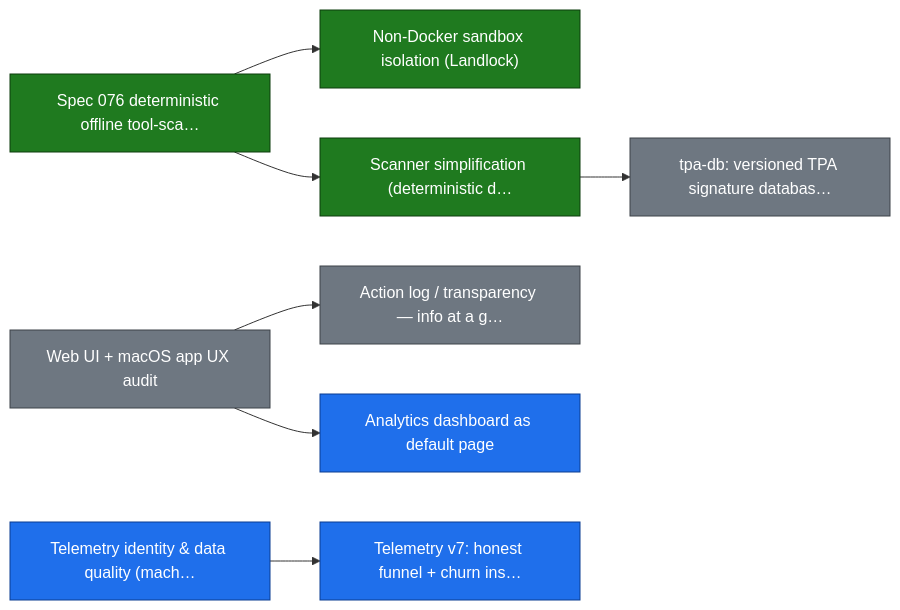
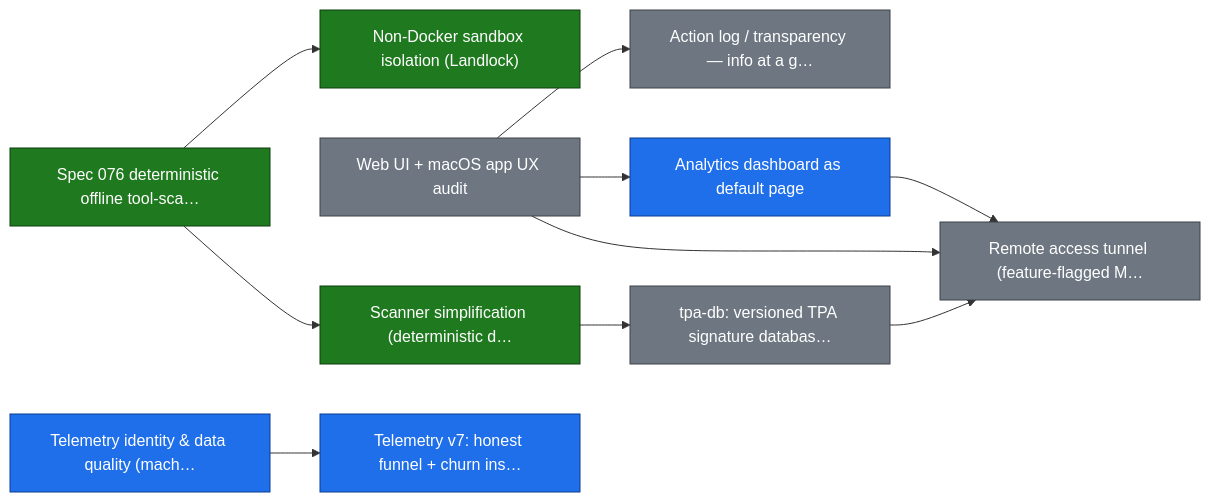
Before and after one commit to smart-mcp-proxy/mcpproxy-go: the first of 18 diagrams in ROADMAP.md, drawn with Mermaid. The commit also changed other lines of this file and 4 other files, not shown here.

````diff
--- a/ROADMAP.md
+++ b/ROADMAP.md
@@ -36,26 +36,30 @@
 ```mermaid
 graph LR
   sandbox_isolation["Non-Docker sandbox isolation (Landlock)"]
   scanner_v2["Spec 076 deterministic offline tool-sca…"]
   ux_audit["Web UI + macOS app UX audit"]
   action_log_transparency["Action log / transparency — info at a g…"]
   analytics_dashboard["Analytics dashboard as default page"]
   scanner_simplification["Scanner simplification (deterministic d…"]
   tpa_db["tpa-db: versioned TPA signature databas…"]
+  remote_access_tunnel["Remote access tunnel (feature-flagged M…"]
   telemetry_identity["Telemetry identity & data quality (mach…"]
   telemetry_v7_churn["Telemetry v7: honest funnel + churn ins…"]
 
   scanner_v2 --> sandbox_isolation
   ux_audit --> action_log_transparency
   ux_audit --> analytics_dashboard
   scanner_v2 --> scanner_simplification
   scanner_simplification --> tpa_db
+  tpa_db --> remote_access_tunnel
+  ux_audit --> remote_access_tunnel
+  analytics_dashboard --> remote_access_tunnel
   telemetry_identity --> telemetry_v7_churn
 
   classDef done fill:#1f7a1f,stroke:#0d3d0d,color:#ffffff;
   classDef in_progress fill:#1f6feb,stroke:#0b3d91,color:#ffffff;
   classDef todo fill:#6e7781,stroke:#3d4248,color:#ffffff;
   class sandbox_isolation,scanner_v2,scanner_simplification done;
   class analytics_dashboard,telemetry_identity,telemetry_v7_churn in_progress;
-  class ux_audit,action_log_transparency,tpa_db todo;
+  class ux_audit,action_log_transparency,tpa_db,remote_access_tunnel todo;
 ```
````
